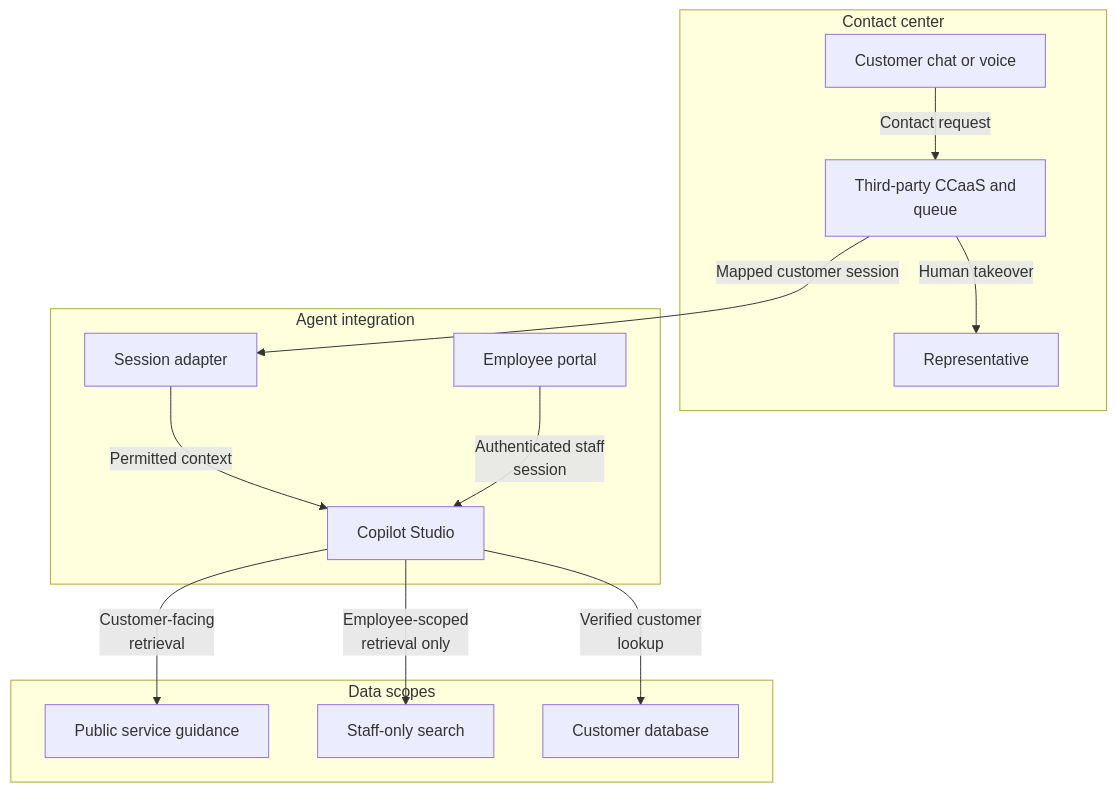
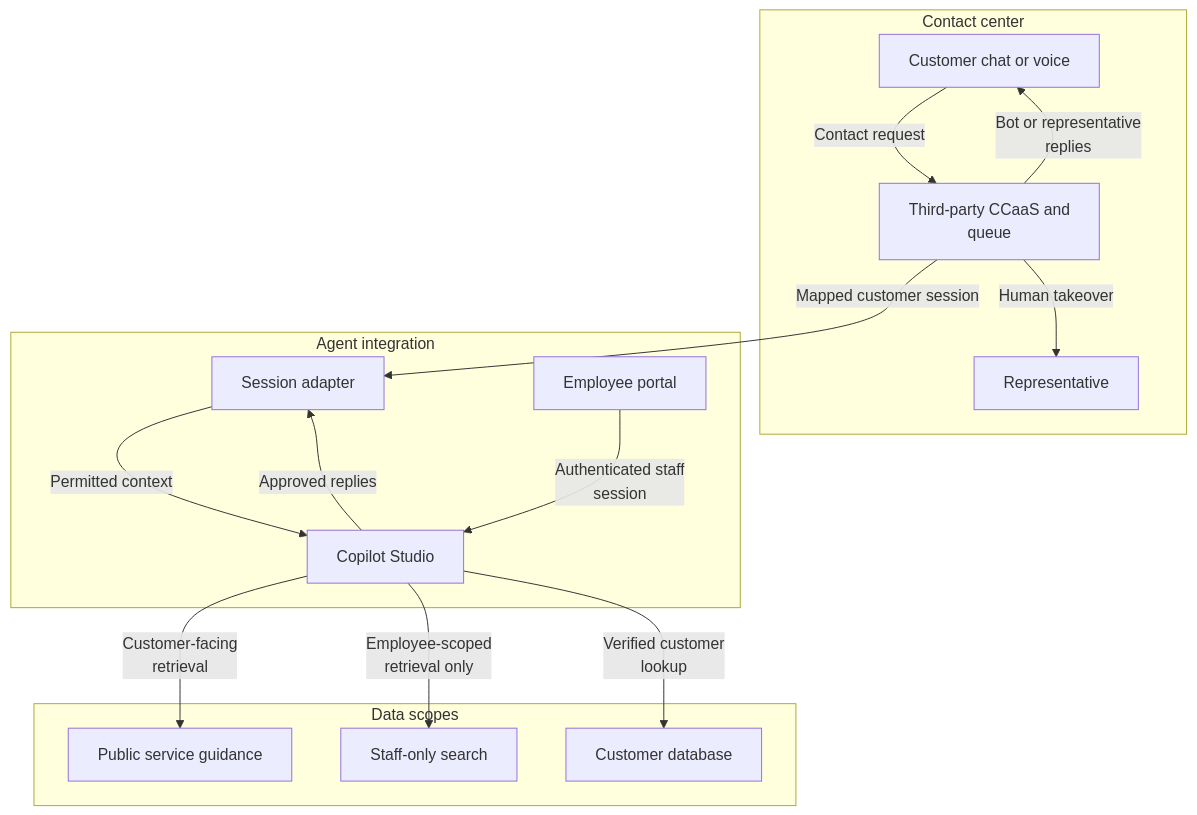
Before and after one commit to abhishek-ai-enabler/copilotstudio-architecture-patterns: the first of 2 diagrams in solution-ideas/custom-contact-center.md, drawn with Mermaid. The commit also changed other lines of this file and 41 other files, not shown here.

First line of the commit message:
Review diagrams: add return paths and fix flow accuracy

````diff
--- a/solution-ideas/custom-contact-center.md
+++ b/solution-ideas/custom-contact-center.md
@@ -7,28 +7,30 @@
 ```mermaid
 flowchart TB
     accTitle: Add Copilot Studio to an existing third-party contact center - architecture
     accDescr: Keep queue ownership with the existing contact center. Approve public and staff knowledge paths separately; the adapter must not turn a customer session into an employee session.
     subgraph group0["Contact center"]
         U["Customer chat or voice"]
         Q["Third-party CCaaS and<br/>queue"]
         H["Representative"]
     end
     subgraph group3["Agent integration"]
         B["Session adapter"]
         A["Copilot Studio"]
         E["Employee portal"]
     end
     subgraph group6["Data scopes"]
         K["Public service guidance"]
         I["Staff-only search"]
         D["Customer database"]
     end
     U -->|"Contact request"| Q
     Q -->|"Mapped customer session"| B
     B -->|"Permitted context"| A
     E -->|"Authenticated staff<br/>session"| A
     A -->|"Customer-facing<br/>retrieval"| K
     A -->|"Employee-scoped<br/>retrieval only"| I
     A -->|"Verified customer<br/>lookup"| D
     Q -->|"Human takeover"| H
+    A -->|"Approved replies"| B
+    Q -->|"Bot or representative<br/>replies"| U
 ```
````
